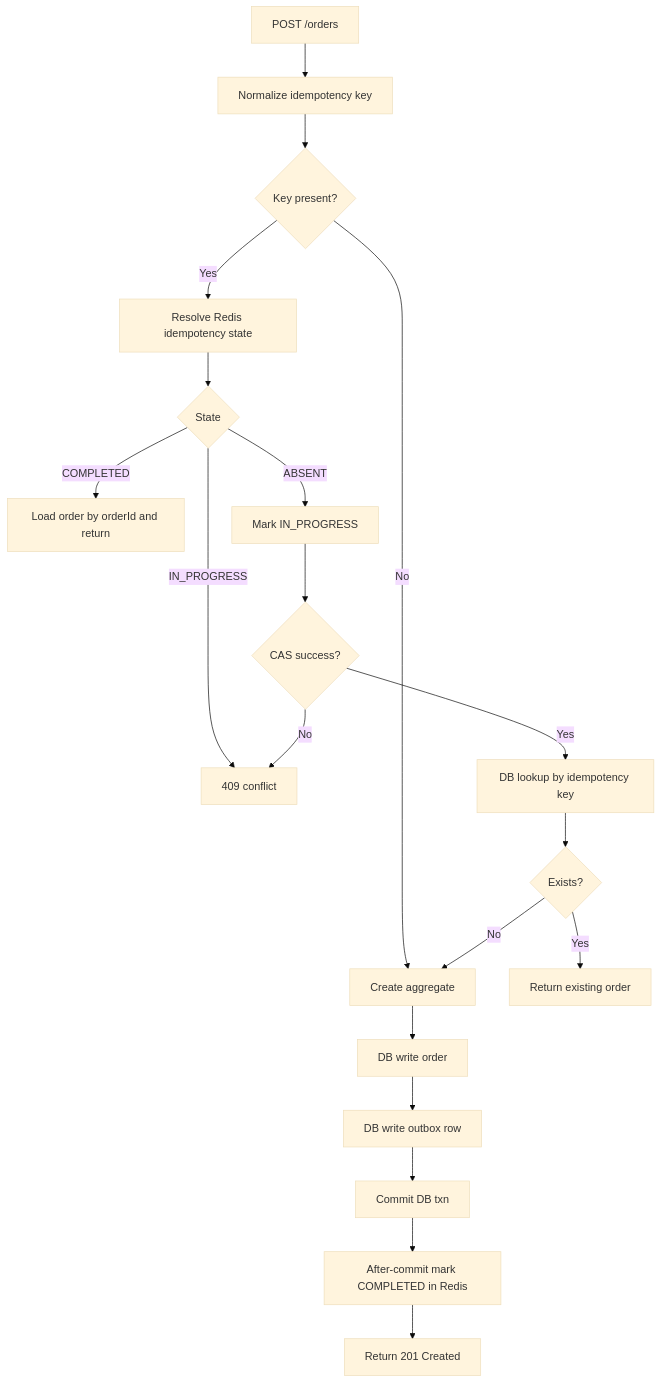
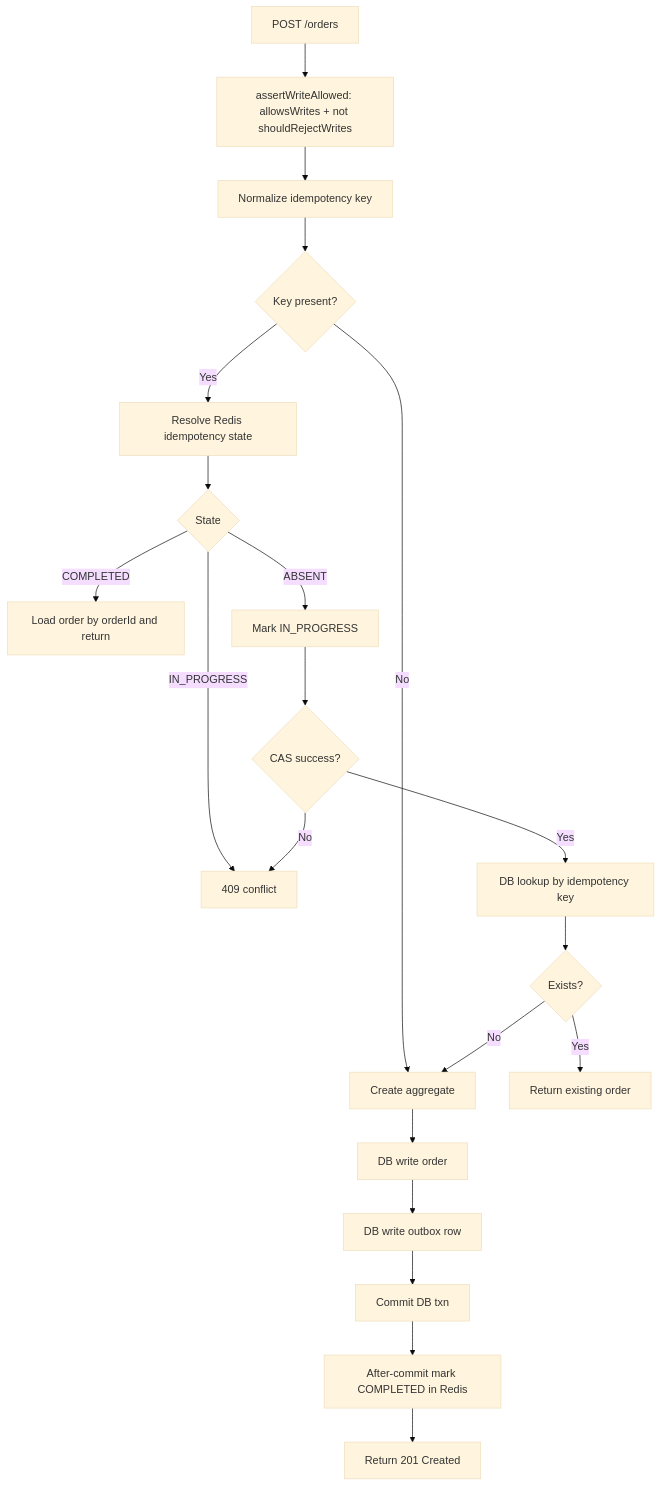
One commit to AbhinavT09/OrderProcessingSystem changed the first of 5 diagrams in docs/design-and-architecture.md. Above: the diagram before and after it, drawn with Mermaid (base theme). The commit also changed other lines of this file and 23 other files, not shown here.

First line of the commit message:
Add architecture tests and enhance JPA repository coverage

````diff
--- a/docs/design-and-architecture.md
+++ b/docs/design-and-architecture.md
@@ -145,22 +145,23 @@
 ```mermaid
 flowchart TD
-    A[POST /orders] --> B[Normalize idempotency key]
+    A[POST /orders] --> AW[assertWriteAllowed: allowsWrites + not shouldRejectWrites]
+    AW --> B[Normalize idempotency key]
     B --> C{Key present?}
     C -- No --> N1[Create aggregate]
     C -- Yes --> D[Resolve Redis idempotency state]
     D --> E{State}
     E -- COMPLETED --> F[Load order by orderId and return]
     E -- IN_PROGRESS --> G[409 conflict]
     E -- ABSENT --> H[Mark IN_PROGRESS]
     H --> I{CAS success?}
     I -- No --> G
     I -- Yes --> J[DB lookup by idempotency key]
     J --> K{Exists?}
     K -- Yes --> L[Return existing order]
     K -- No --> N1
     N1 --> N2[DB write order]
     N2 --> N3[DB write outbox row]
     N3 --> N4[Commit DB txn]
     N4 --> N5[After-commit mark COMPLETED in Redis]
     N5 --> N6[Return 201 Created]
 ```
````
